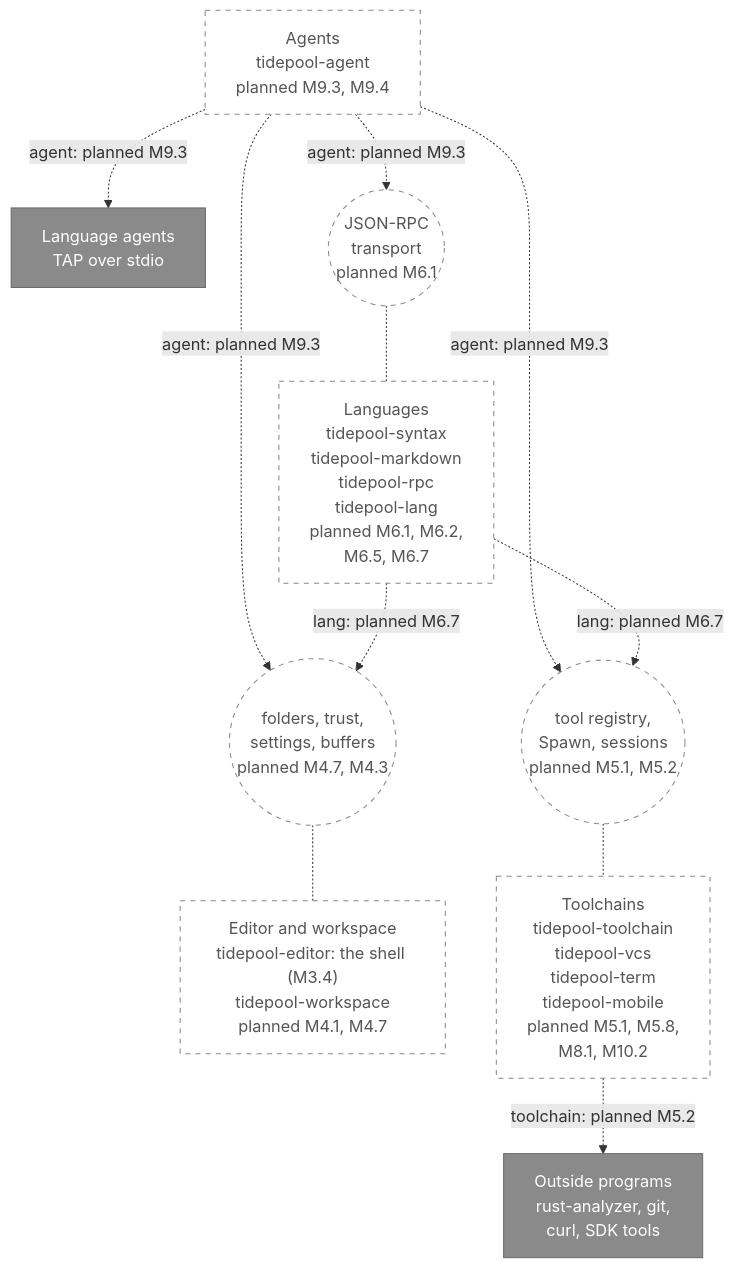
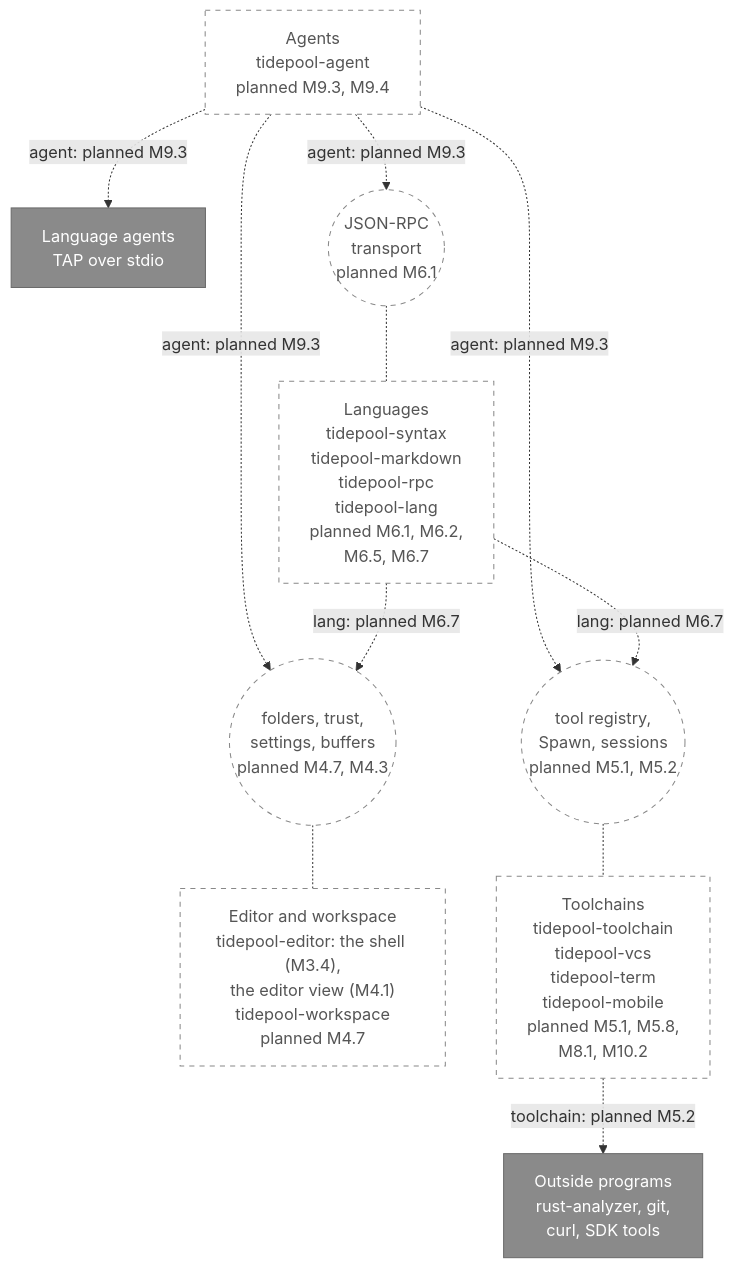
One commit to jabbott-iii/Tidepool changed the second of 21 diagrams in diagrams/component-diagrams.md. Above: the diagram before and after it, drawn with Mermaid. The commit also changed other lines of this file and 49 other files, not shown here.

````diff
--- a/diagrams/component-diagrams.md
+++ b/diagrams/component-diagrams.md
@@ -133,29 +133,29 @@
 ```mermaid
 flowchart TB
     c_agents["Agents<br/>tidepool-agent<br/>planned M9.3, M9.4"]
     e_agents["Language agents<br/>TAP over stdio"]
     i_rpc(("JSON-RPC<br/>transport<br/>planned M6.1"))
     c_lang["Languages<br/>tidepool-syntax<br/>tidepool-markdown<br/>tidepool-rpc<br/>tidepool-lang<br/>planned M6.1, M6.2,<br/>M6.5, M6.7"]
     i_ws(("folders, trust,<br/>settings, buffers<br/>planned M4.7, M4.3"))
     i_tools(("tool registry,<br/>Spawn, sessions<br/>planned M5.1, M5.2"))
-    c_editor["Editor and workspace<br/>tidepool-editor: the shell (M3.4)<br/>tidepool-workspace<br/>planned M4.1, M4.7"]
+    c_editor["Editor and workspace<br/>tidepool-editor: the shell (M3.4),<br/>the editor view (M4.1)<br/>tidepool-workspace<br/>planned M4.7"]
     c_tools["Toolchains<br/>tidepool-toolchain<br/>tidepool-vcs<br/>tidepool-term<br/>tidepool-mobile<br/>planned M5.1, M5.8,<br/>M8.1, M10.2"]
     e_progs["Outside programs<br/>rust-analyzer, git,<br/>curl, SDK tools"]
 
     c_agents -.->|"agent: planned M9.3"| e_agents
     c_agents -.->|"agent: planned M9.3"| i_rpc
     c_agents -.->|"agent: planned M9.3"| i_ws
     c_agents -.->|"agent: planned M9.3"| i_tools
     i_rpc -.- c_lang
     c_lang -.->|"lang: planned M6.7"| i_ws
     c_lang -.->|"lang: planned M6.7"| i_tools
     i_ws -.- c_editor
     i_tools -.- c_tools
     c_tools -.->|"toolchain: planned M5.2"| e_progs
 
     classDef external fill:#8a8a8a,stroke:#6b6b6b,color:#ffffff
     classDef planned fill:#ffffff,stroke:#888888,stroke-dasharray: 5 5,color:#555555
     class c_agents,c_lang,c_editor,c_tools planned
     class i_rpc,i_ws,i_tools planned
     class e_agents,e_progs external
 ```
````
